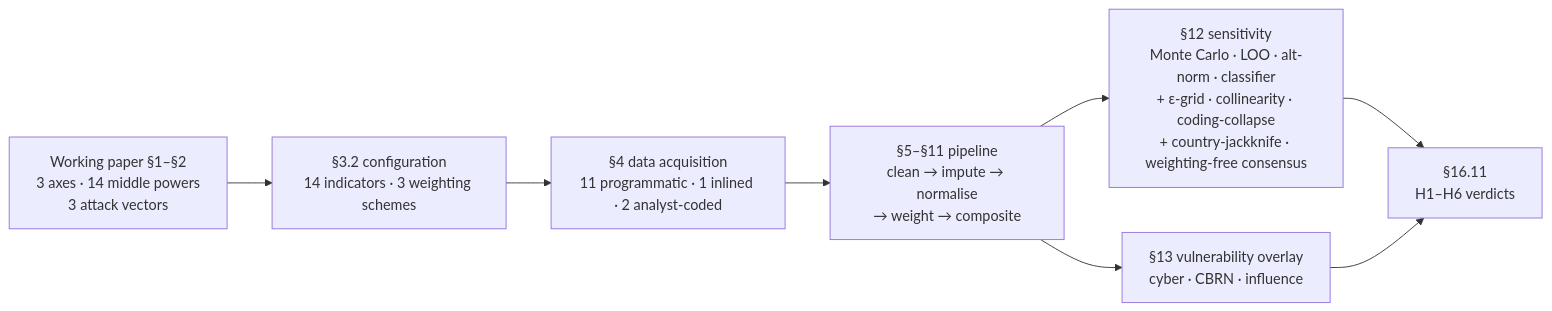
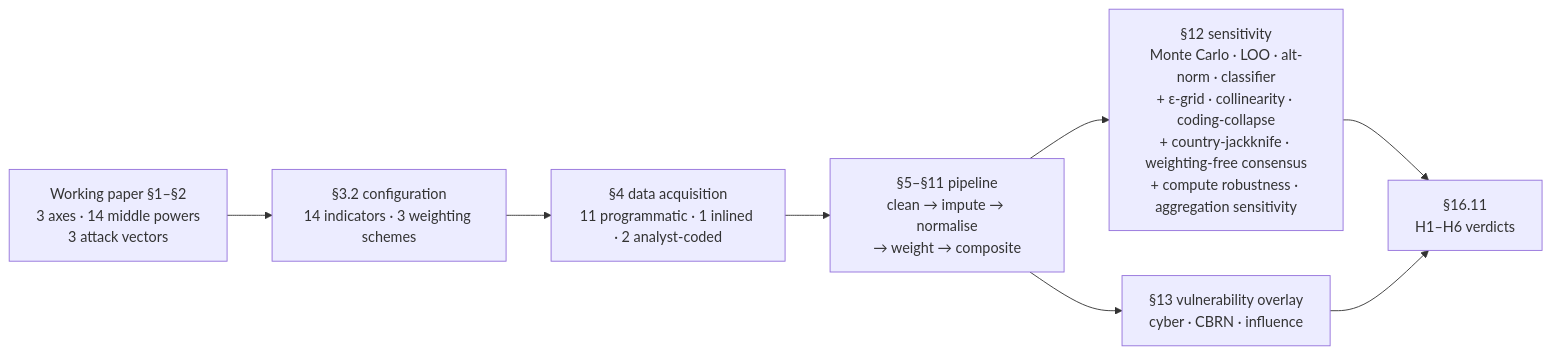
Before and after one commit to khailapvuong/middle-powers-mpapi: the diagram in README.md, drawn with Mermaid. The commit also changed other lines of this file and 80 other files, not shown here.

````diff
--- a/README.md
+++ b/README.md
@@ -105,15 +105,15 @@
 ```mermaid
 flowchart LR
   Paper["Working paper §1–§2<br/>3 axes · 14 middle powers<br/>3 attack vectors"]
   Config["§3.2 configuration<br/>14 indicators · 3 weighting schemes"]
   Acq["§4 data acquisition<br/>11 programmatic · 1 inlined · 2 analyst-coded"]
   Pipeline["§5–§11 pipeline<br/>clean → impute → normalise<br/>→ weight → composite"]
-  Sens["§12 sensitivity<br/>Monte Carlo · LOO · alt-norm · classifier<br/>+ ε-grid · collinearity · coding-collapse<br/>+ country-jackknife · weighting-free consensus"]
+  Sens["§12 sensitivity<br/>Monte Carlo · LOO · alt-norm · classifier<br/>+ ε-grid · collinearity · coding-collapse<br/>+ country-jackknife · weighting-free consensus<br/>+ compute robustness · aggregation sensitivity"]
   Overlay["§13 vulnerability overlay<br/>cyber · CBRN · influence"]
   Verdicts["§16.11<br/>H1–H6 verdicts"]
   Paper --> Config --> Acq --> Pipeline
   Pipeline --> Sens
   Pipeline --> Overlay
   Sens --> Verdicts
   Overlay --> Verdicts
 ```
````
